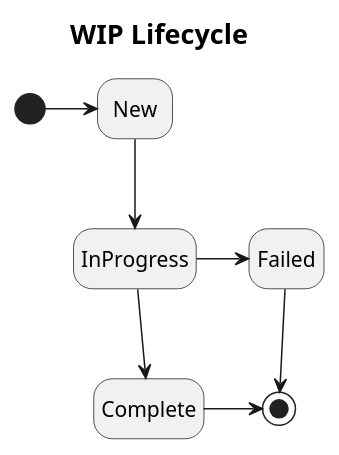
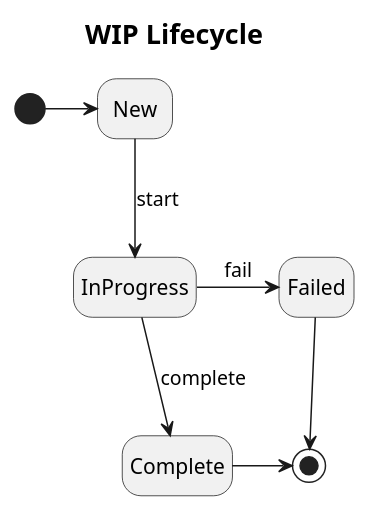
Before and after one commit to Saldubatech/scala3-sample: the second of 3 diagrams in docs/contents/job_task_CD.puml, drawn with PlantUML. The commit also changed other lines of this file and 45 other files, not shown here.

```diff
--- a/docs/contents/job_task_CD.puml
+++ b/docs/contents/job_task_CD.puml
@@ -52,23 +51,23 @@
 @startuml
 
 title
 = WIP Lifecycle
 end title
 hide empty description
 
 state New<<AtRest>>
 state InProgress<<Processing>>
 state Complete
 state Failed
 
 [*] -> New
 
-New --> InProgress
+New --> InProgress: start
 
-InProgress --> Complete
+InProgress --> Complete: complete
 
-InProgress -> Failed
+InProgress -> Failed: fail
 Complete -> [*]
 Failed --> [*]
 
 @enduml
```
